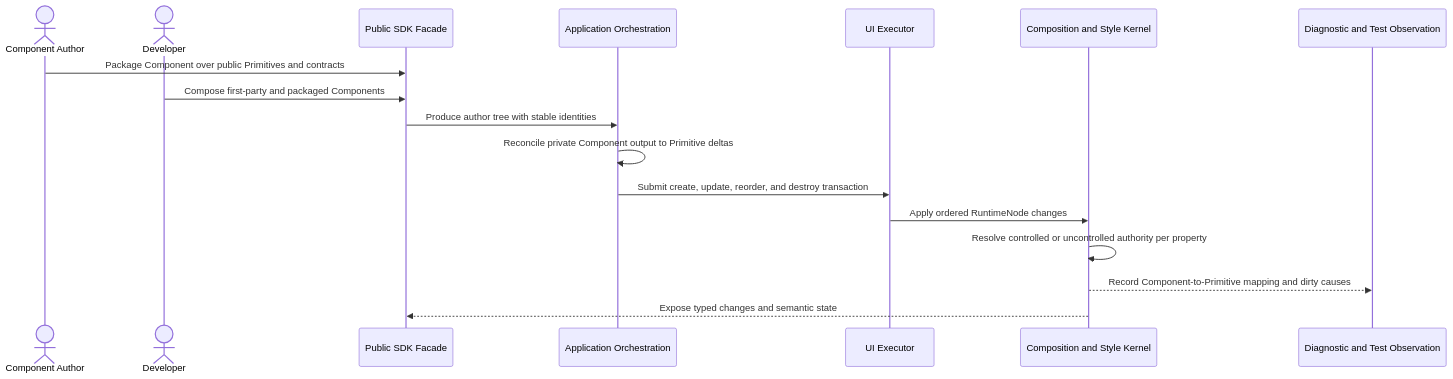
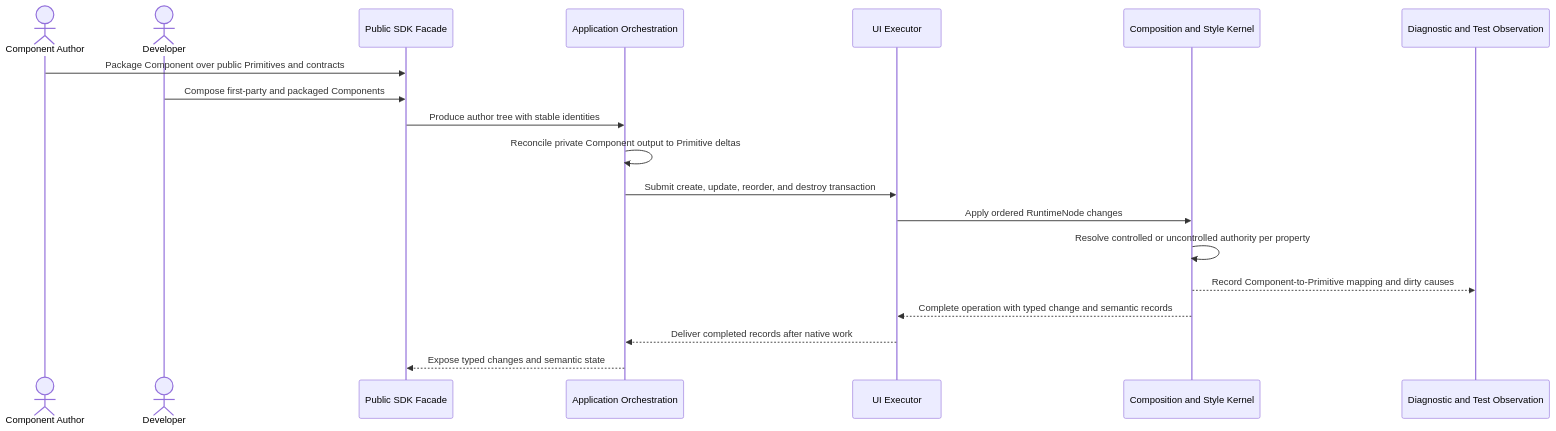
One commit to Tuvren/tuvren-tui changed the diagram in .constitution/architecture/flows/component-composition.md. Above: the diagram before and after it, drawn with Mermaid. The commit also changed other lines of this file and 5 other files, not shown here.

````diff
--- a/.constitution/architecture/flows/component-composition.md
+++ b/.constitution/architecture/flows/component-composition.md
@@ -9,20 +9,22 @@
 ```mermaid
 sequenceDiagram
     actor Author as Component Author
     actor Dev as Developer
     participant SDK as Public SDK Facade
     participant Orch as Application Orchestration
     participant Exec as UI Executor
     participant Comp as Composition and Style Kernel
     participant Obs as Diagnostic and Test Observation
 
     Author->>SDK: Package Component over public Primitives and contracts
     Dev->>SDK: Compose first-party and packaged Components
     SDK->>Orch: Produce author tree with stable identities
     Orch->>Orch: Reconcile private Component output to Primitive deltas
     Orch->>Exec: Submit create, update, reorder, and destroy transaction
     Exec->>Comp: Apply ordered RuntimeNode changes
     Comp->>Comp: Resolve controlled or uncontrolled authority per property
     Comp-->>Obs: Record Component-to-Primitive mapping and dirty causes
-    Comp-->>SDK: Expose typed changes and semantic state
+    Comp-->>Exec: Complete operation with typed change and semantic records
+    Exec-->>Orch: Deliver completed records after native work
+    Orch-->>SDK: Expose typed changes and semantic state
 ```
````
